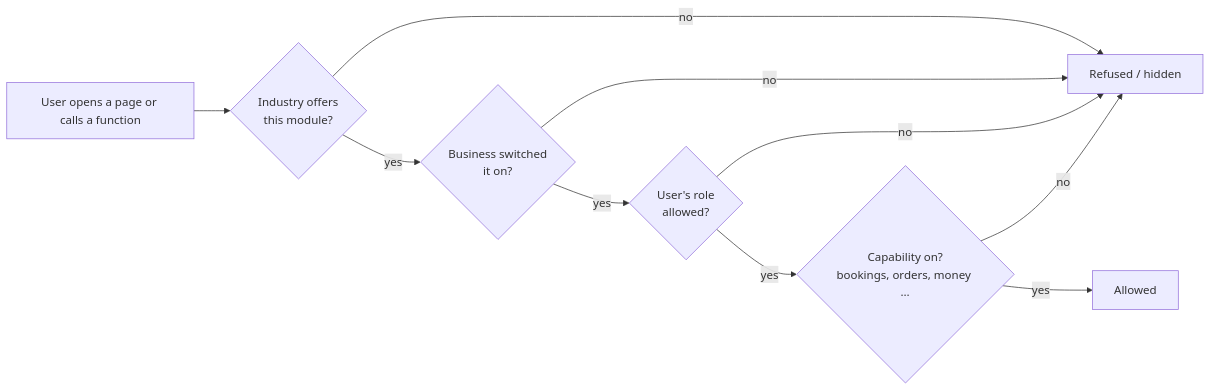
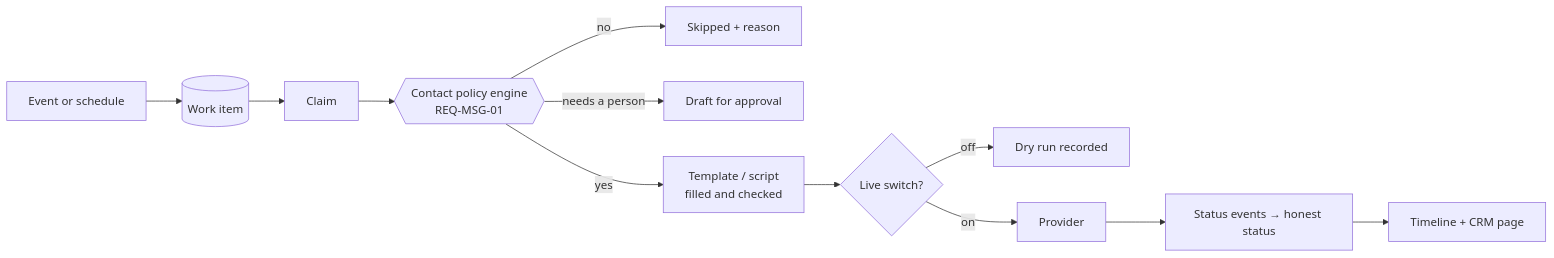
Before and after one commit to singhdhruv525-source/Zella-AI: the fifth of 14 diagrams in docs/ARCHITECTURE.md, drawn with Mermaid. The commit also changed other lines of this file and 1 other file, not shown here.

````diff
--- a/docs/ARCHITECTURE.md
+++ b/docs/ARCHITECTURE.md
@@ -233,12 +427,14 @@
 ```mermaid
 flowchart LR
-  req[User opens a page or calls a function] --> a{Industry offers<br/>this module?}
-  a -- no --> x[Refused / hidden]
-  a -- yes --> b{Business switched<br/>it on?}
-  b -- no --> x
-  b -- yes --> c{User's role<br/>allowed?}
-  c -- no --> x
-  c -- yes --> d{Capability on?<br/>bookings, orders, money …}
-  d -- no --> x
-  d -- yes --> ok[Allowed]
+  e[Event or schedule] --> w[(Work item)]
+  w --> c[Claim]
+  c --> p{{Contact policy engine<br/>REQ-MSG-01}}
+  p -- no --> s[Skipped + reason]
+  p -- needs a person --> d[Draft for approval]
+  p -- yes --> t[Template / script<br/>filled and checked]
+  t --> l{Live switch?}
+  l -- off --> dr[Dry run recorded]
+  l -- on --> pr[Provider]
+  pr --> st[Status events → honest status]
+  st --> tl[Timeline + CRM page]
 ```
````
